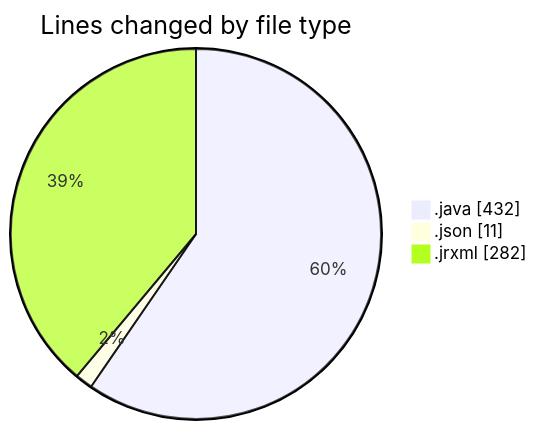
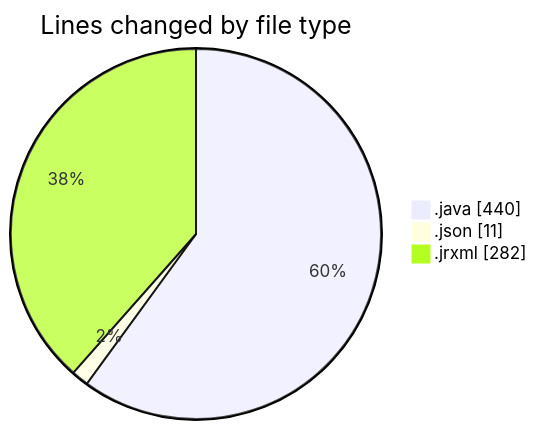
Before and after one commit to ricardozamudiocil/code-tracking: the first of 2 diagrams in 2026-09-16/cilreports__workspace_/README.md, drawn with Mermaid. The commit also changed other lines of this file and 1 other file, not shown here.

````diff
--- a/2026-09-16/cilreports__workspace_/README.md
+++ b/2026-09-16/cilreports__workspace_/README.md
@@ -23,7 +23,7 @@
 ```mermaid
 pie showData
 title Lines changed by file type
-".java" : 432
+".java" : 440
 ".json" : 11
 ".jrxml" : 282
 ```
````
